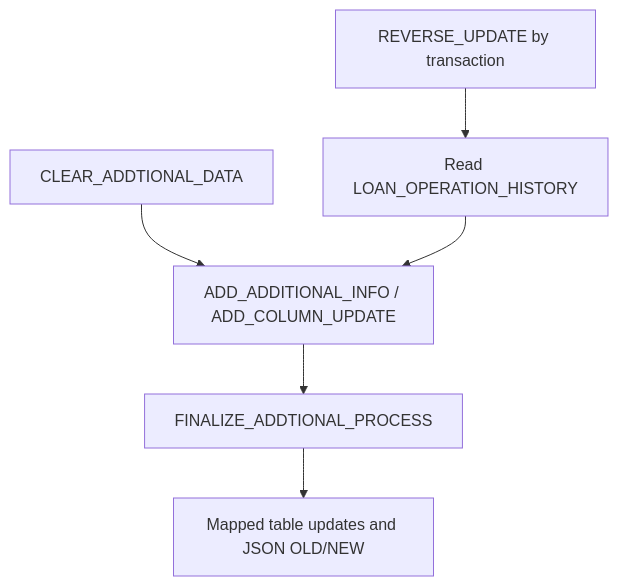
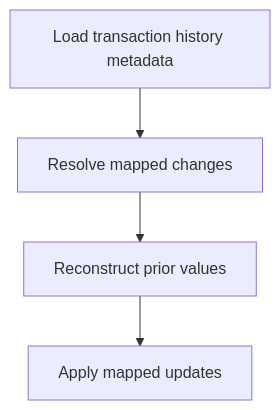
The third of 3 diagrams in docs/workflows.md (SadayCb/gni-documentation-poc7.0), drawn with Mermaid before and after one commit. The commit also changed other lines of this file, not shown here.

````diff
--- a/docs/workflows.md
+++ b/docs/workflows.md
@@ -35,8 +63,6 @@
 ```mermaid
 flowchart TD
-  A[CLEAR_ADDTIONAL_DATA] --> B[ADD_ADDITIONAL_INFO / ADD_COLUMN_UPDATE]
-  B --> C[FINALIZE_ADDTIONAL_PROCESS]
-  C --> D[Mapped table updates and JSON OLD/NEW]
-  E[REVERSE_UPDATE by transaction] --> F[Read LOAN_OPERATION_HISTORY]
-  F --> B
+ A[Load transaction history metadata] --> B[Resolve mapped changes]
+ B --> C[Reconstruct prior values]
+ C --> D[Apply mapped updates]
 ```
````
